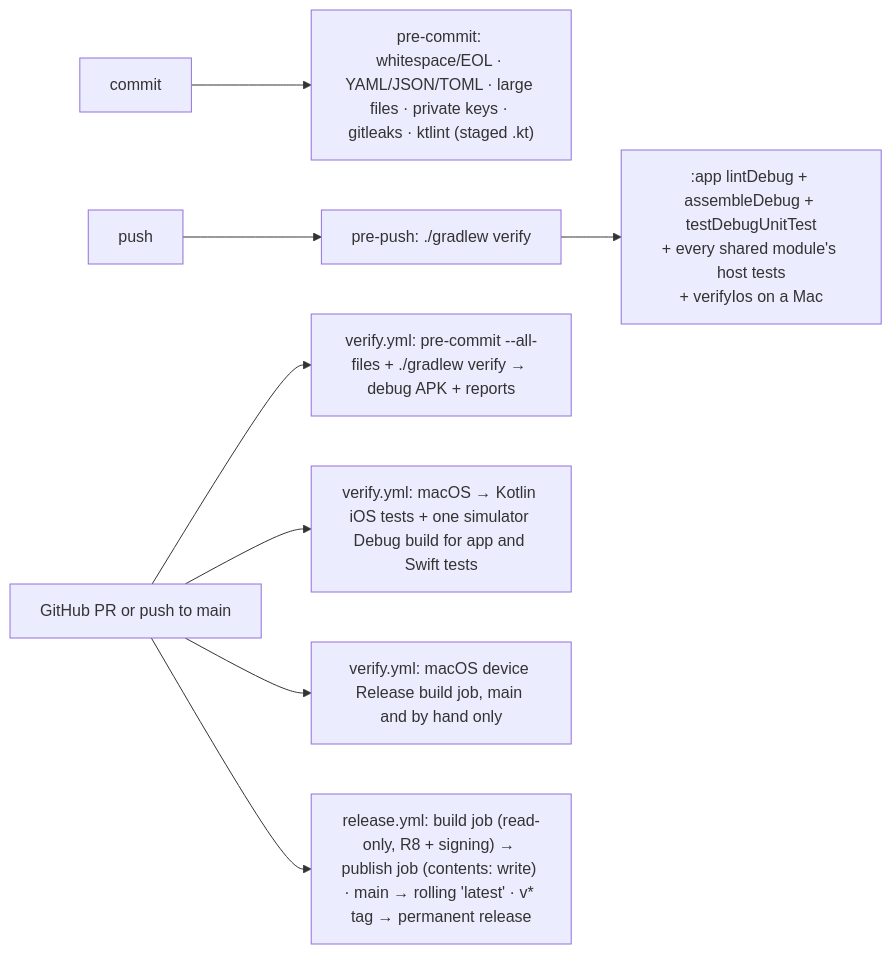
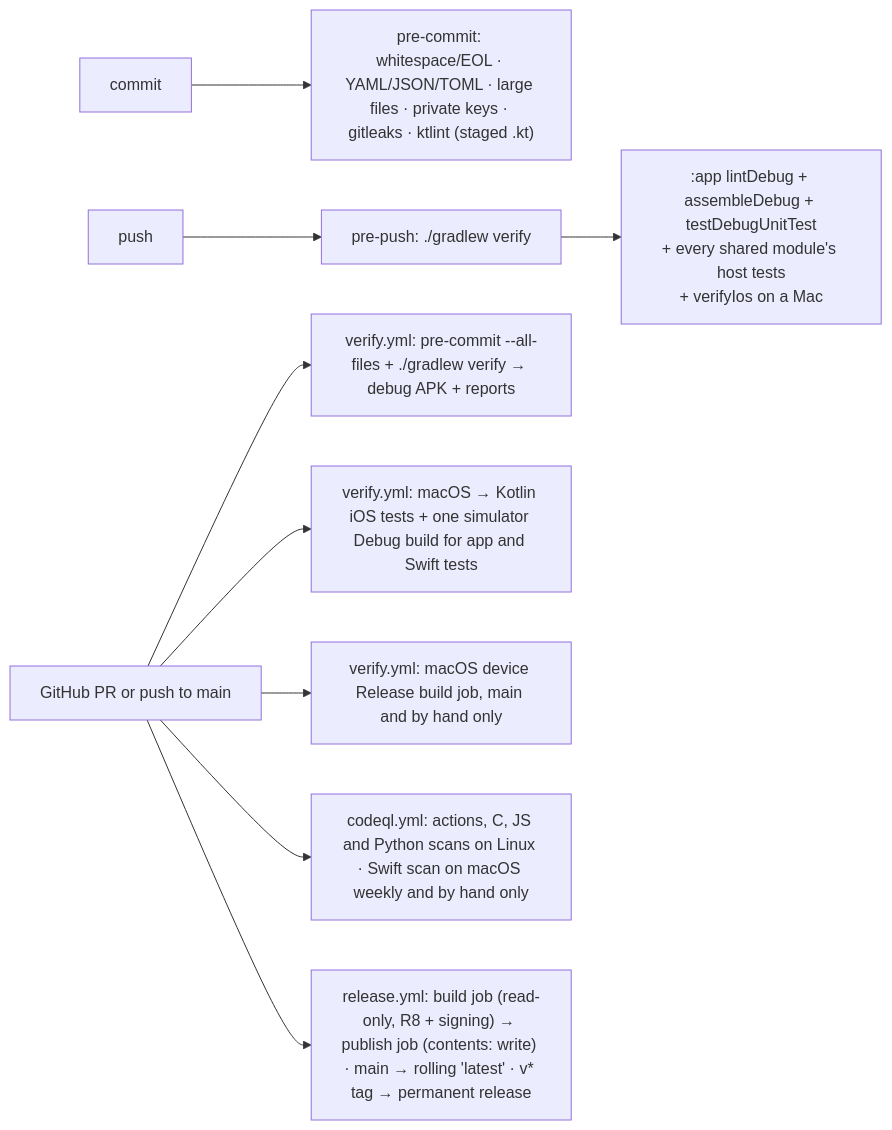
One commit to walkthru-earth/opensensor-space-mobile changed the diagram in docs/build-and-release.md. Above: the diagram before and after it, drawn with Mermaid. The commit also changed other lines of this file and 1 other file, not shown here.

First line of the commit message:
Move the CodeQL Swift scan off pull requests

````diff
--- a/docs/build-and-release.md
+++ b/docs/build-and-release.md
@@ -9,10 +9,11 @@
 ```mermaid
 flowchart LR
   C[commit] --> H["pre-commit: whitespace/EOL · YAML/JSON/TOML · large files · private keys · gitleaks · ktlint (staged .kt)"]
   P[push] --> V["pre-push: ./gradlew verify"]
   V --> T[":app lintDebug + assembleDebug + testDebugUnitTest<br/>+ every shared module's host tests<br/>+ verifyIos on a Mac"]
   GH[GitHub PR or push to main] --> W["verify.yml: pre-commit --all-files + ./gradlew verify → debug APK + reports"]
   GH --> I["verify.yml: macOS → Kotlin iOS tests + one simulator Debug build for app and Swift tests"]
   GH --> D["verify.yml: macOS device Release build job, main and by hand only"]
+  GH --> Q["codeql.yml: actions, C, JS and Python scans on Linux · Swift scan on macOS weekly and by hand only"]
   GH --> R["release.yml: build job (read-only, R8 + signing) → publish job (contents: write) · main → rolling 'latest' · v* tag → permanent release"]
 ```
````
